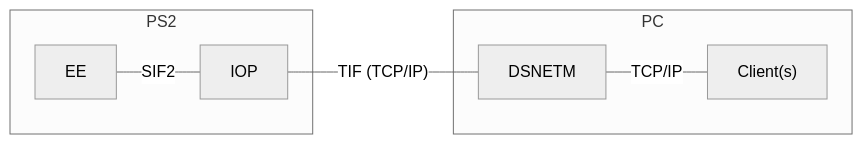
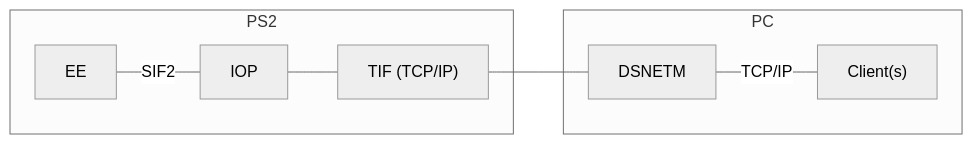
One commit to ps2dbg/RDB changed the second of 2 diagrams in README.md. Above: the diagram before and after it, drawn with Mermaid (neutral theme). The commit also changed other lines of this file, not shown here.

````diff
--- a/README.md
+++ b/README.md
@@ -27,10 +40,12 @@
 ```mermaid
 flowchart LR;
+
     subgraph PC[PC]
         DSNETM[DSNETM] ---|TCP/IP|CLIENT["Client(s)"]
     end
 
     subgraph PS2[PS2];
-        EE[EE] ---|SIF2| IOP[IOP] ---|"TIF (TCP/IP)"|DSNETM
+        EE[EE] ---|SIF2| IOP---TIF["TIF (TCP/IP)"] ---DSNETM
     end
+    
 ```
````
